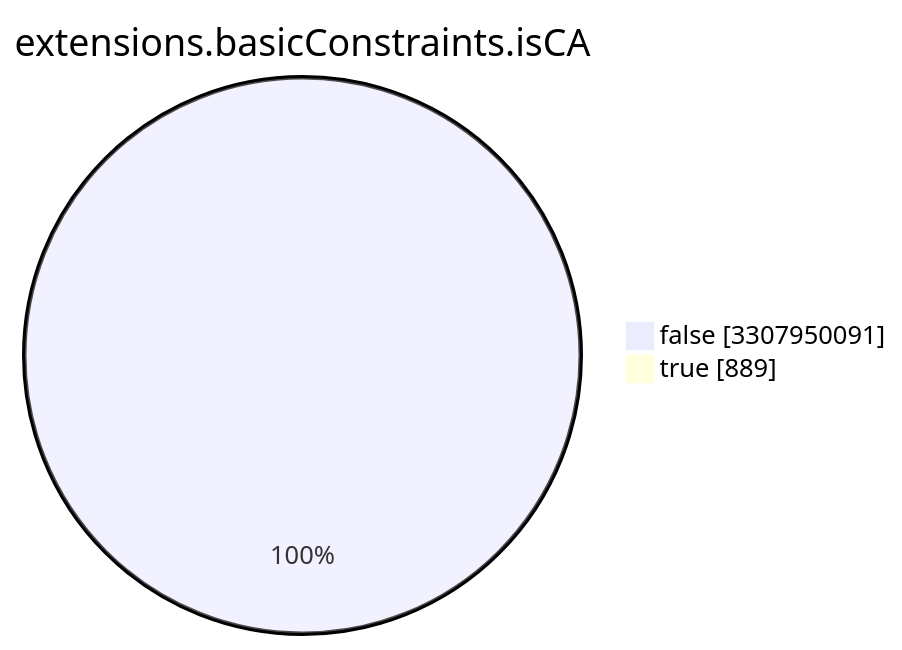
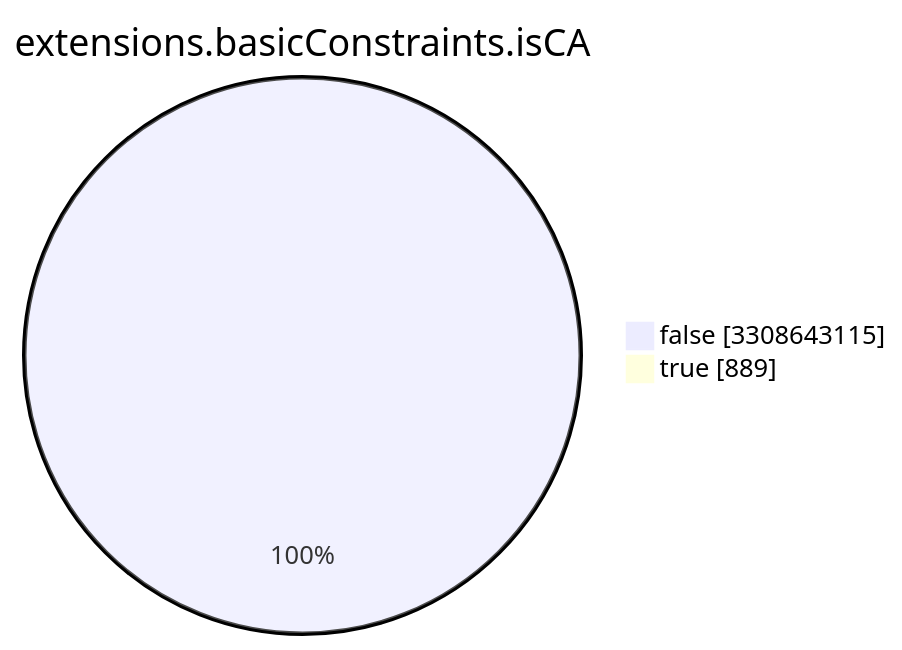
One commit to christiankrug/ctmonitor_visualization changed the seventh of 15 diagrams in TOTAL/README.md. Above: the diagram before and after it, drawn with Mermaid. The commit also changed other lines of this file, not shown here.

````diff
--- a/TOTAL/README.md
+++ b/TOTAL/README.md
@@ -3089,6 +3089,6 @@
 ```mermaid
 pie showData
 title extensions.basicConstraints.isCA
-"false" :3307950091
+"false" :3308643115
 "true" :889
 ```
````
